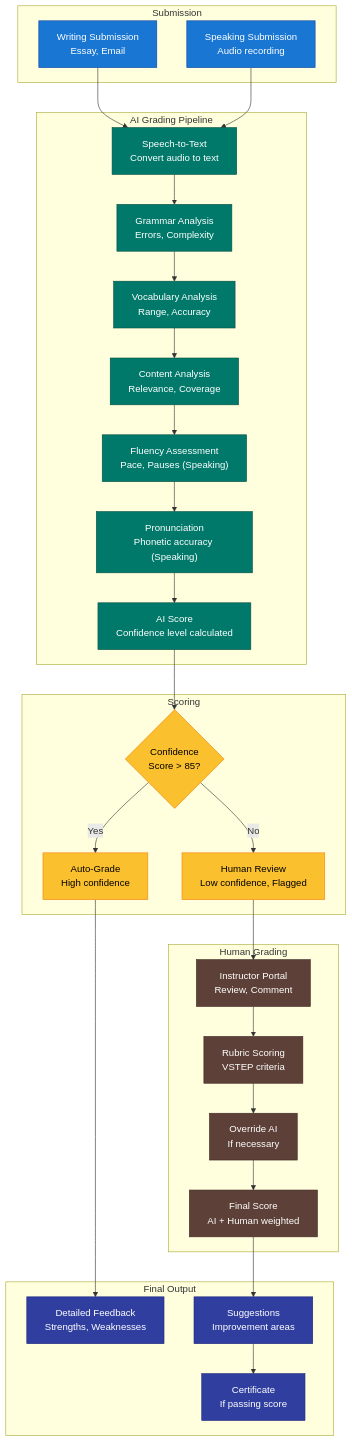
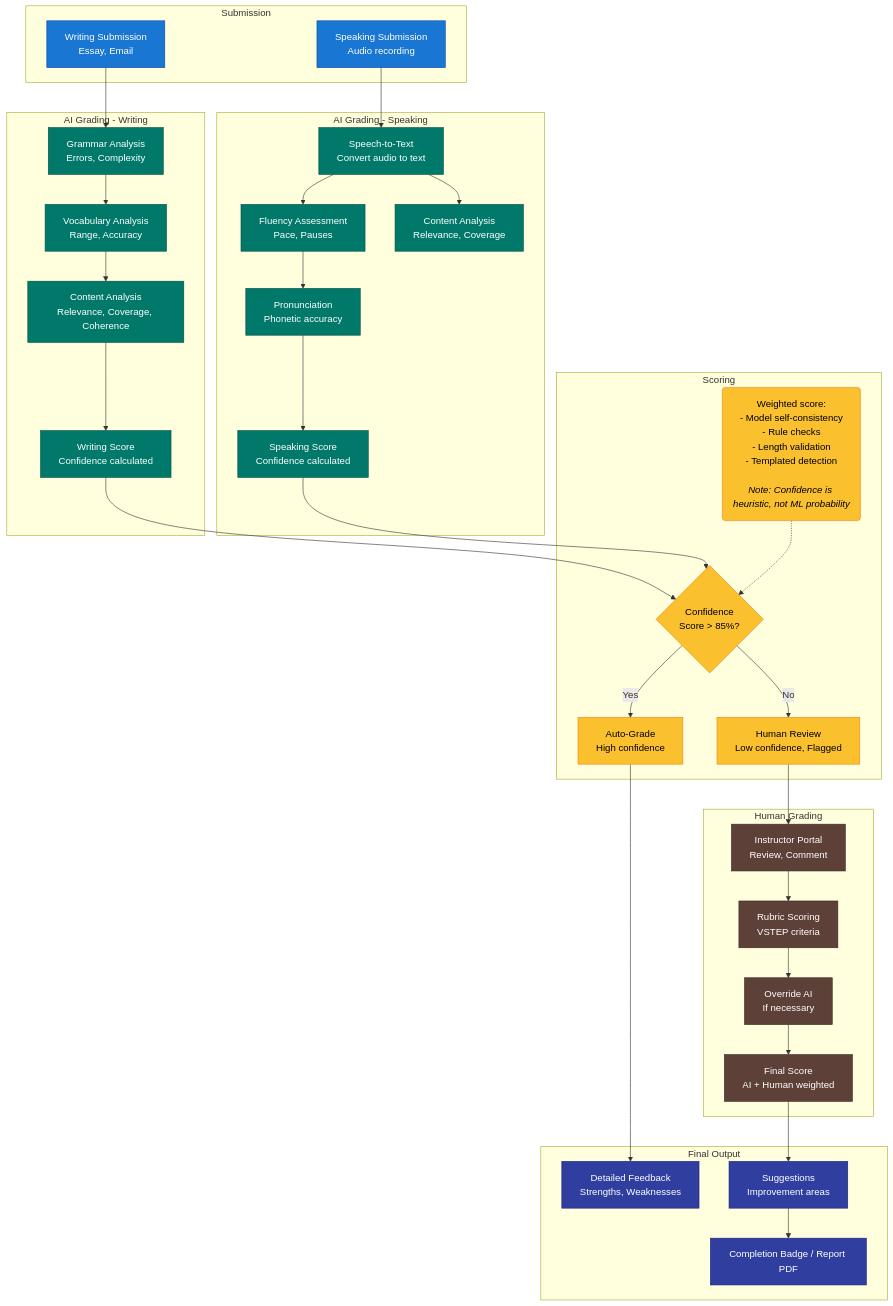
The sixth of 8 diagrams in docs/capstone/diagrams/flow-diagrams.md (nghyane/VSTEP), drawn with Mermaid before and after one commit. The commit also changed other lines of this file and 6 other files, not shown here.

````diff
--- a/docs/capstone/diagrams/flow-diagrams.md
+++ b/docs/capstone/diagrams/flow-diagrams.md
@@ -343,18 +410,24 @@
         SpeakingSubmit["Speaking Submission<br/>Audio recording"]
     end
 
-    subgraph AI ["AI Grading Pipeline"]
+    subgraph AI_Writing ["AI Grading - Writing"]
+        W_Grammar["Grammar Analysis<br/>Errors, Complexity"]
+        W_Vocab["Vocabulary Analysis<br/>Range, Accuracy"]
+        W_Content["Content Analysis<br/>Relevance, Coverage, Coherence"]
+        W_Score["Writing Score<br/>Confidence calculated"]
+    end
+
+    subgraph AI_Speaking ["AI Grading - Speaking"]
         Transcribe["Speech-to-Text<br/>Convert audio to text"]
-        Grammar["Grammar Analysis<br/>Errors, Complexity"]
-        Vocab["Vocabulary Analysis<br/>Range, Accuracy"]
-        Content["Content Analysis<br/>Relevance, Coverage"]
-        Fluency["Fluency Assessment<br/>Pace, Pauses (Speaking)"]
-        Pronunciation["Pronunciation<br/>Phonetic accuracy (Speaking)"]
-        ScoreAI["AI Score<br/>Confidence level calculated"]
+        S_Fluency["Fluency Assessment<br/>Pace, Pauses"]
+        S_Pronunciation["Pronunciation<br/>Phonetic accuracy"]
+        S_Content["Content Analysis<br/>Relevance, Coverage"]
+        S_Score["Speaking Score<br/>Confidence calculated"]
     end
 
     subgraph Scoring ["Scoring"]
-        Confidence{"Confidence<br/>Score > 85?"}
+        Confidence{"Confidence<br/>Score > 85%?"}
+        NoteConfidence("Weighted score:<br/>- Model self-consistency<br/>- Rule checks<br/>- Length validation<br/>- Templated detection<br/><br/><i>Note: Confidence is heuristic, not ML probability</i>")
         AutoPass["Auto-Grade<br/>High confidence"]
         HumanReview["Human Review<br/>Low confidence, Flagged"]
     end
@@ -369,37 +442,49 @@
     subgraph Final ["Final Output"]
         Feedback["Detailed Feedback<br/>Strengths, Weaknesses"]
         Suggestion["Suggestions<br/>Improvement areas"]
-        Certificate["Certificate<br/>If passing score"]
+        Badge["Completion Badge / Report PDF"]
     end
 
-    WritingSubmit --> Transcribe
+    %% Writing flow (no Transcribe)
+    WritingSubmit --> W_Grammar
+    W_Grammar --> W_Vocab
+    W_Vocab --> W_Content
+    W_Content --> W_Score
+
+    %% Speaking flow (needs Transcribe)
     SpeakingSubmit --> Transcribe
-    Transcribe --> Grammar
-    Grammar --> Vocab
-    Vocab --> Content
-    Content --> Fluency
-    Fluency --> Pronunciation
-    Pronunciation --> ScoreAI
-    ScoreAI --> Confidence
+    Transcribe --> S_Fluency
+    Transcribe --> S_Content
+    S_Fluency --> S_Pronunciation
+    S_Pronunciation --> S_Score
+
+    %% Confidence check
+    W_Score --> Confidence
+    S_Score --> Confidence
     Confidence -->|Yes| AutoPass
     Confidence -->|No| HumanReview
+    NoteConfidence -.-> Confidence
+
+    %% Final flow
     AutoPass --> Feedback
     HumanReview --> Instructor
     Instructor --> Rubric
     Rubric --> Override
     Override --> ScoreFinal
     ScoreFinal --> Suggestion
-    Suggestion --> Certificate
+    Suggestion --> Badge
 
     classDef submission fill:#1976d2,stroke:#0d47a1,color:#fff
     classDef ai fill:#00796b,stroke:#004d40,color:#fff
     classDef scoring fill:#fbc02d,stroke:#f57f17,color:#000
     classDef human fill:#5d4037,stroke:#3e2723,color:#fff
     classDef final fill:#303f9f,stroke:#1a237e,color:#fff
+    classDef note fill:#546e7a,stroke:#37474f,color:#fff
 
     class WritingSubmit,SpeakingSubmit submission
-    class Transcribe,Grammar,Vocab,Content,Fluency,Pronunciation,ScoreAI ai
-    class Confidence,AutoPass,HumanReview scoring
+    class W_Grammar,W_Vocab,W_Content,W_Score ai
+    class Transcribe,S_Fluency,S_Pronunciation,S_Content,S_Score ai
+    class Confidence,AutoPass,HumanReview,NoteConfidence scoring
     class Instructor,Rubric,Override,ScoreFinal human
-    class Feedback,Suggestion,Certificate final
+    class Feedback,Suggestion,Badge final
 ```
````
